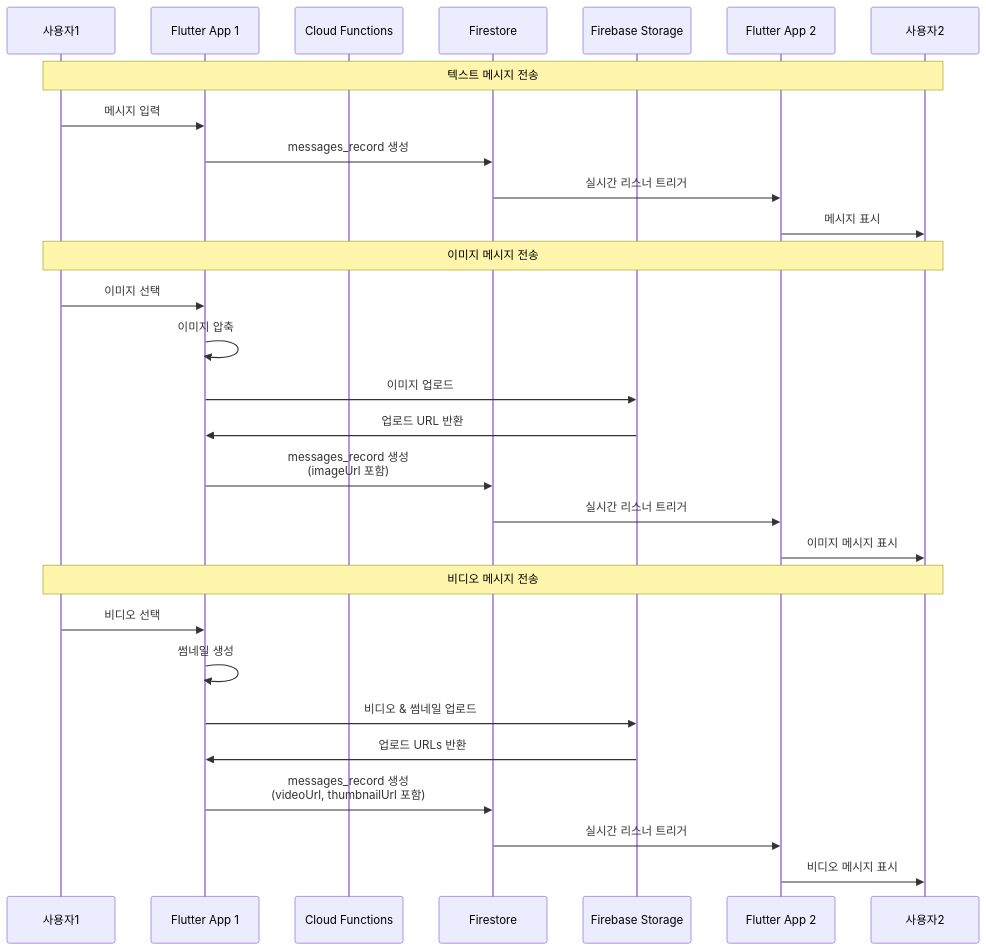
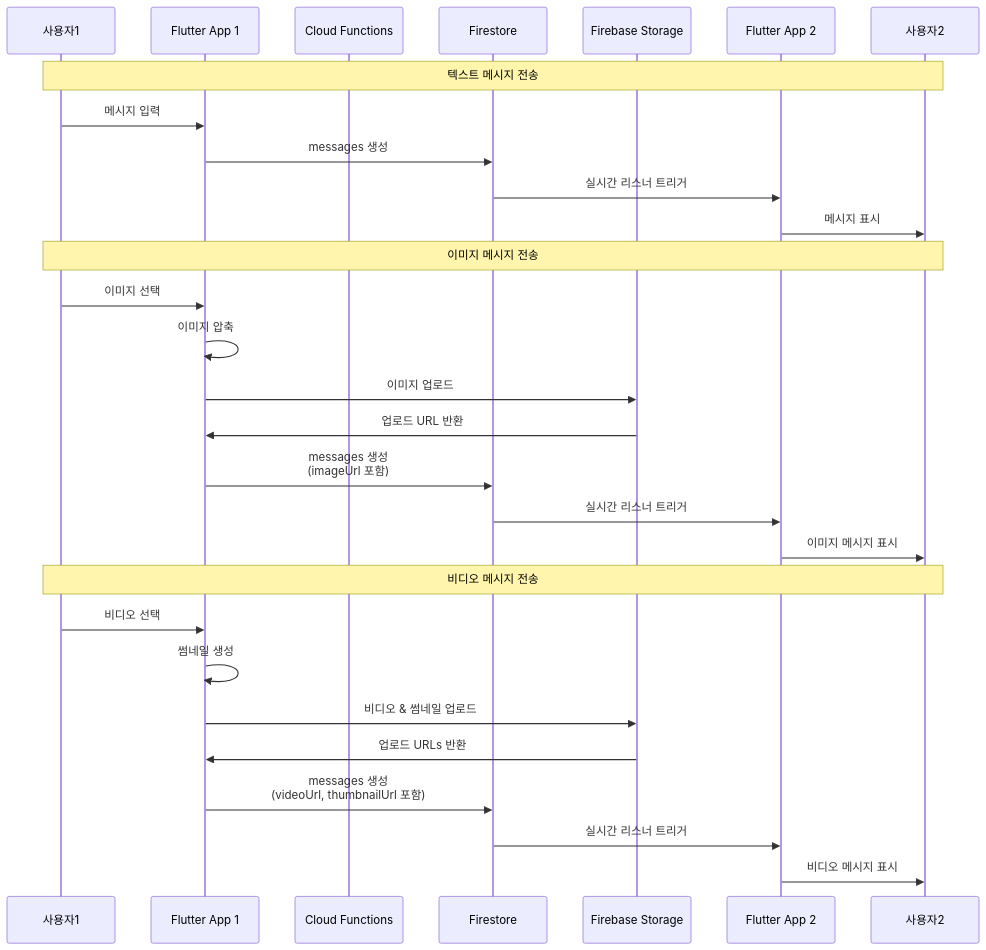
Diagram 13 of 17 in 백엔드다이어그램.md (gblack84/versus-cursor), drawn with Mermaid before and after one commit. The commit also changed other lines of this file and 89 other files, not shown here.

````diff
--- a/백엔드다이어그램.md
+++ b/백엔드다이어그램.md
@@ -755,34 +755,34 @@
 ```mermaid
 sequenceDiagram
     participant U1 as 사용자1
     participant A1 as Flutter App 1
     participant CF as Cloud Functions
     participant DB as Firestore
     participant FS as Firebase Storage
     participant A2 as Flutter App 2
     participant U2 as 사용자2
     
     Note over U1,U2: 텍스트 메시지 전송
     U1->>A1: 메시지 입력
-    A1->>DB: messages_record 생성
+    A1->>DB: messages 생성
     DB->>A2: 실시간 리스너 트리거
     A2->>U2: 메시지 표시
     
     Note over U1,U2: 이미지 메시지 전송
     U1->>A1: 이미지 선택
     A1->>A1: 이미지 압축
     A1->>FS: 이미지 업로드
     FS->>A1: 업로드 URL 반환
-    A1->>DB: messages_record 생성<br/>(imageUrl 포함)
+    A1->>DB: messages 생성<br/>(imageUrl 포함)
     DB->>A2: 실시간 리스너 트리거
     A2->>U2: 이미지 메시지 표시
     
     Note over U1,U2: 비디오 메시지 전송
     U1->>A1: 비디오 선택
     A1->>A1: 썸네일 생성
     A1->>FS: 비디오 & 썸네일 업로드
     FS->>A1: 업로드 URLs 반환
-    A1->>DB: messages_record 생성<br/>(videoUrl, thumbnailUrl 포함)
+    A1->>DB: messages 생성<br/>(videoUrl, thumbnailUrl 포함)
     DB->>A2: 실시간 리스너 트리거
     A2->>U2: 비디오 메시지 표시
 ```
````
